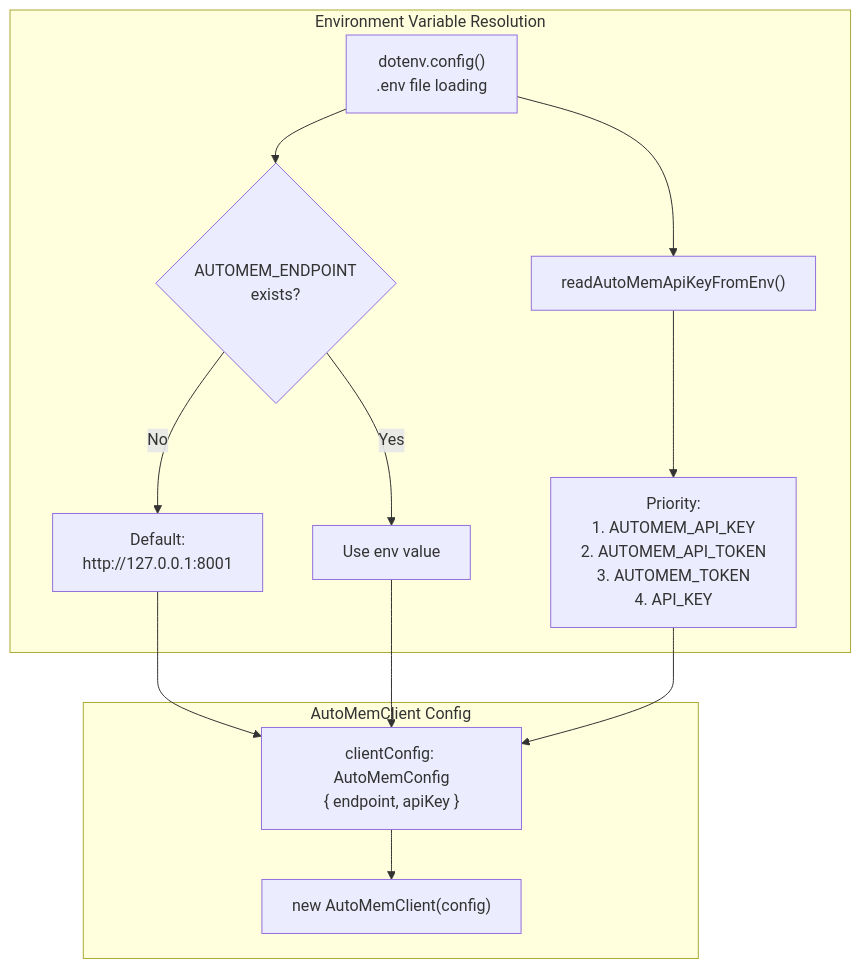
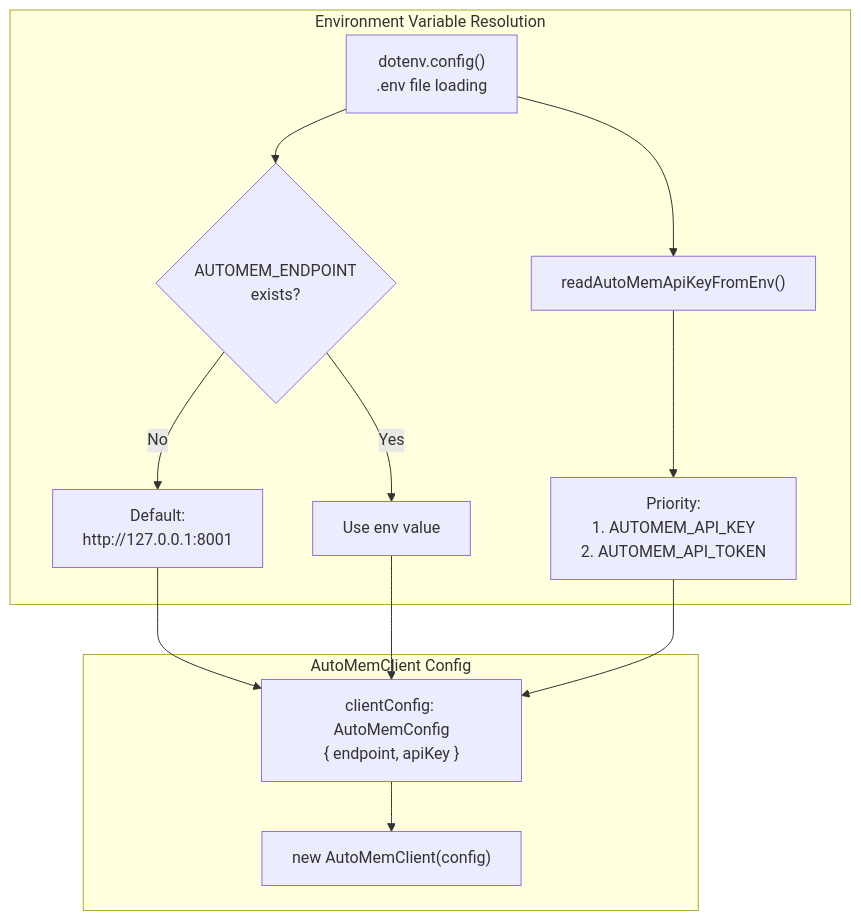
Before and after one commit to verygoodplugins/automem-website: the third of 5 diagrams in src/content/docs/docs/reference/configuration.md, drawn with Mermaid. The commit also changed other lines of this file and 48 other files, not shown here.

````diff
--- a/src/content/docs/docs/reference/configuration.md
+++ b/src/content/docs/docs/reference/configuration.md
@@ -321,30 +344,30 @@
 ```mermaid
 graph TB
     subgraph Env_Resolution["Environment Variable Resolution"]
         DOTENV["dotenv.config()<br/>.env file loading"]
 
         ENDPOINT_CHECK{"AUTOMEM_ENDPOINT<br/>exists?"}
         ENDPOINT_DEFAULT["Default:<br/>http://127.0.0.1:8001"]
         ENDPOINT_VALUE["Use env value"]
 
         API_KEY_FUNC["readAutoMemApiKeyFromEnv()"]
-        KEY_PRIORITY["Priority:<br/>1. AUTOMEM_API_KEY<br/>2. AUTOMEM_API_TOKEN<br/>3. AUTOMEM_TOKEN<br/>4. API_KEY"]
+        KEY_PRIORITY["Priority:<br/>1. AUTOMEM_API_KEY<br/>2. AUTOMEM_API_TOKEN"]
     end
 
     subgraph Client_Config["AutoMemClient Config"]
         CONFIG_OBJ["clientConfig: AutoMemConfig<br/>{ endpoint, apiKey }"]
         CLIENT_INSTANCE["new AutoMemClient(config)"]
     end
 
     DOTENV --> ENDPOINT_CHECK
     ENDPOINT_CHECK -->|"No"| ENDPOINT_DEFAULT
     ENDPOINT_CHECK -->|"Yes"| ENDPOINT_VALUE
     ENDPOINT_DEFAULT --> CONFIG_OBJ
     ENDPOINT_VALUE --> CONFIG_OBJ
 
     DOTENV --> API_KEY_FUNC
     API_KEY_FUNC --> KEY_PRIORITY
     KEY_PRIORITY --> CONFIG_OBJ
 
     CONFIG_OBJ --> CLIENT_INSTANCE
 ```
````
